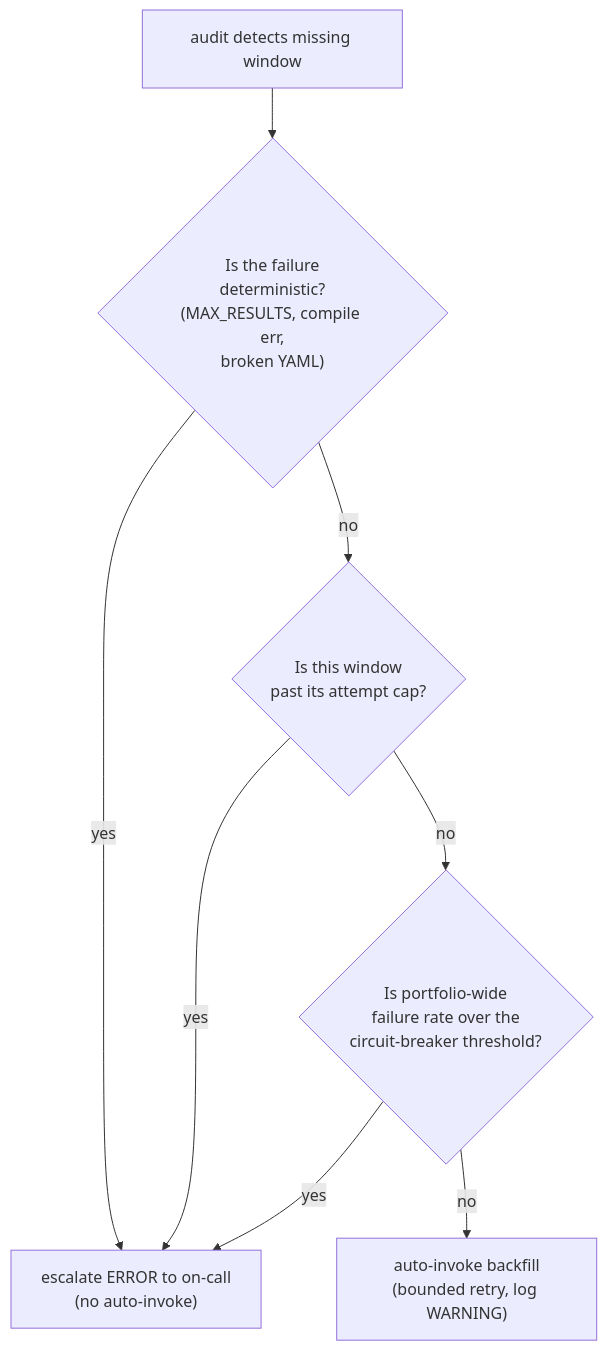
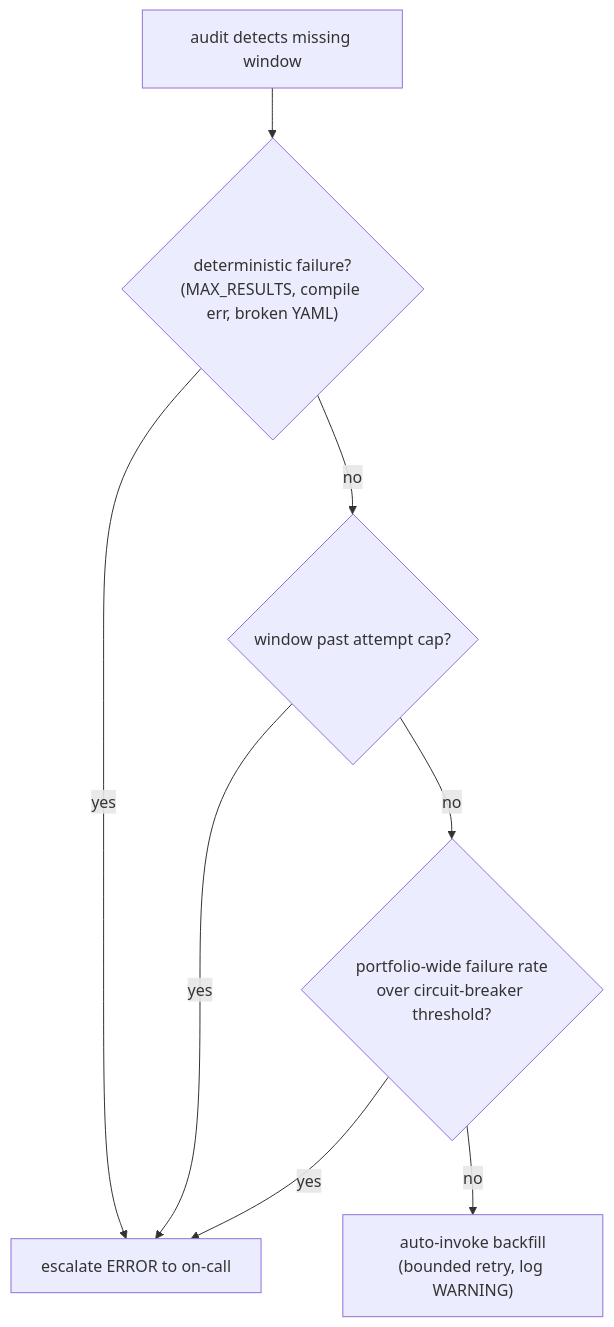
One commit to faisalkhan91/Fluxus changed the diagram in src/assets/blog/posts/self-healing-needs-a-human-in-the-loop-2026-05.md. Above: the diagram before and after it, drawn with Mermaid. The commit also changed other lines of this file and 3 other files, not shown here.

````diff
--- a/src/assets/blog/posts/self-healing-needs-a-human-in-the-loop-2026-05.md
+++ b/src/assets/blog/posts/self-healing-needs-a-human-in-the-loop-2026-05.md
@@ -33,16 +29,16 @@
 ```mermaid
 flowchart TD
   Gap["audit detects missing window"]
-  Det{"Is the failure<br/>deterministic?<br/>(MAX_RESULTS, compile err,<br/>broken YAML)"}
-  Cap{"Is this window<br/>past its attempt cap?"}
-  Breaker{"Is portfolio-wide<br/>failure rate over the<br/>circuit-breaker threshold?"}
+  Det{"deterministic failure?<br/>(MAX_RESULTS, compile err, broken YAML)"}
+  Cap{"window past attempt cap?"}
+  Breaker{"portfolio-wide failure rate<br/>over circuit-breaker threshold?"}
   Auto["auto-invoke backfill<br/>(bounded retry, log WARNING)"]
-  Esc["escalate ERROR to on-call<br/>(no auto-invoke)"]
+  Esc["escalate ERROR to on-call"]
   Gap --> Det
   Det -- "yes" --> Esc
   Det -- "no" --> Cap
   Cap -- "yes" --> Esc
   Cap -- "no" --> Breaker
   Breaker -- "yes" --> Esc
   Breaker -- "no" --> Auto
 ```
````
